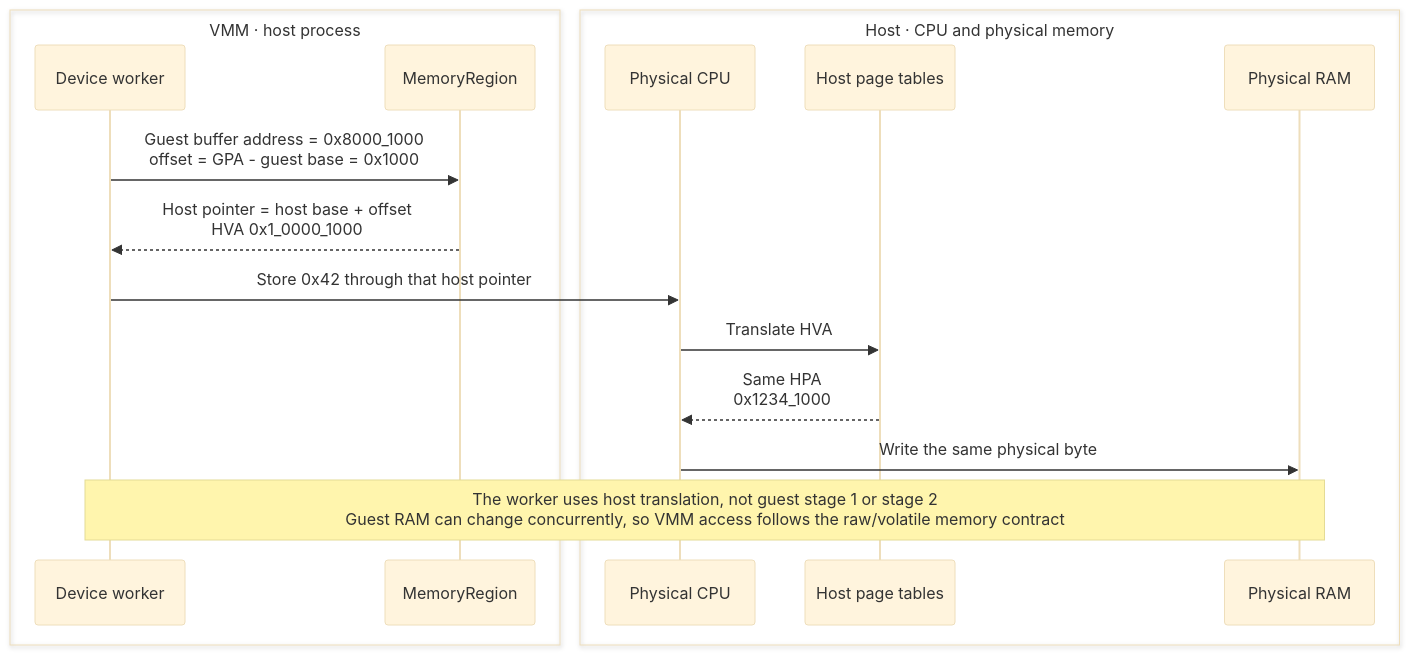
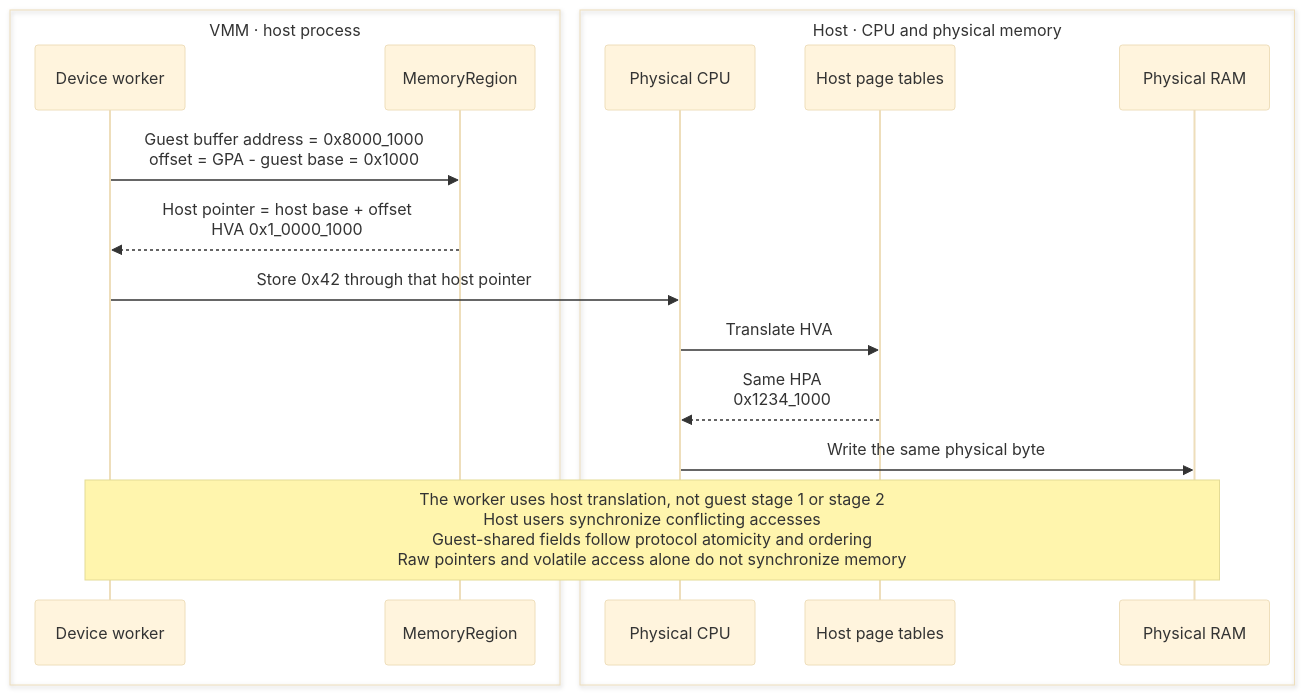
The fifth of 10 diagrams in docs/architecture/vmm/memory.md (boxlite-ai/boxlite), drawn with Mermaid (base theme) before and after one commit. The commit also changed 2 other files, not shown here.

Commit message:
docs(hypervisor): require guest memory synchronization
Clarify that guest RAM lifetime and aliasing rules do not synchronize
concurrent accesses. Require coordination among host users and the
atomicity and ordering specified by each guest-shared protocol.

````diff
--- a/docs/architecture/vmm/memory.md
+++ b/docs/architecture/vmm/memory.md
@@ -115,25 +115,25 @@
 ```mermaid
 sequenceDiagram
   box VMM · host process
     participant worker as Device worker
     participant region as MemoryRegion
   end
   box Host · CPU and physical memory
     participant cpu as Physical CPU
     participant host_pt as Host page tables
     participant physical_ram as Physical RAM
   end
   %% edge:memory_5_e1
   worker->>region: Guest buffer address = 0x8000_1000<br/>offset = GPA - guest base = 0x1000
   %% edge:memory_5_e2
   region-->>worker: Host pointer = host base + offset<br/>HVA 0x1_0000_1000
   %% edge:memory_5_e3
   worker->>cpu: Store 0x42 through that host pointer
   %% edge:memory_5_e4
   cpu->>host_pt: Translate HVA
   %% edge:memory_5_e5
   host_pt-->>cpu: Same HPA<br/>0x1234_1000
   %% edge:memory_5_e6
   cpu->>physical_ram: Write the same physical byte
-  Note over worker,physical_ram: The worker uses host translation, not guest stage 1 or stage 2<br/>Guest RAM can change concurrently, so VMM access follows the raw/volatile memory contract
+  Note over worker,physical_ram: The worker uses host translation, not guest stage 1 or stage 2<br/>Host users synchronize conflicting accesses<br/>Guest-shared fields follow protocol atomicity and ordering<br/>Raw pointers and volatile access alone do not synchronize memory
 ```
````
